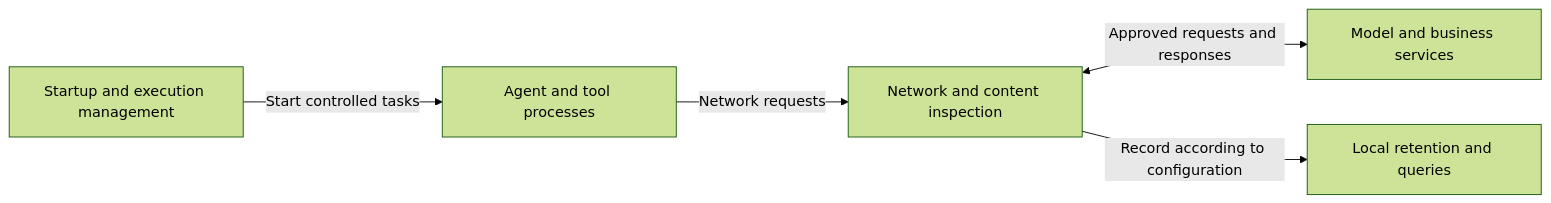
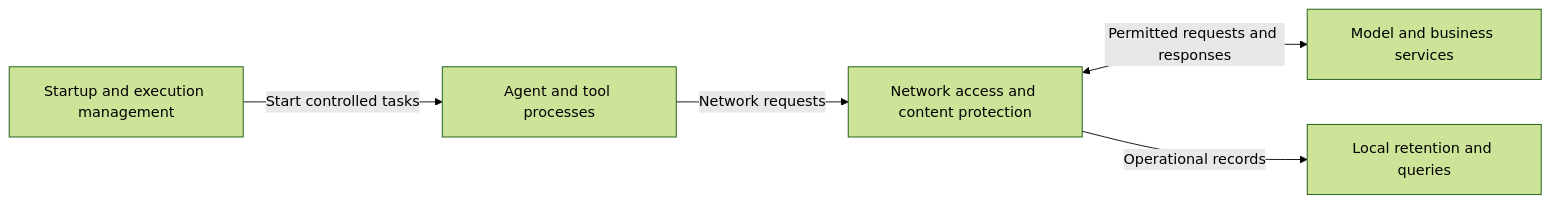
One commit to finogeeks/finsafe changed the diagram in docs/finsafe-whitepaper-en.md. Above: the diagram before and after it, drawn with Mermaid (forest theme). The commit also changed other lines of this file and 11 other files, not shown here.

````diff
--- a/docs/finsafe-whitepaper-en.md
+++ b/docs/finsafe-whitepaper-en.md
@@ -55,7 +91,7 @@
 ```mermaid
 flowchart LR
     A[Startup and execution management] -->|Start controlled tasks| B[Agent and tool processes]
-    B -->|Network requests| C[Network and content inspection]
-    C <-->|Approved requests and responses| D[Model and business services]
-    C -->|Record according to configuration| E[Local retention and queries]
+    B -->|Network requests| C[Network access and content protection]
+    C <-->|Permitted requests and responses| D[Model and business services]
+    C -->|Operational records| E[Local retention and queries]
 ```
````
